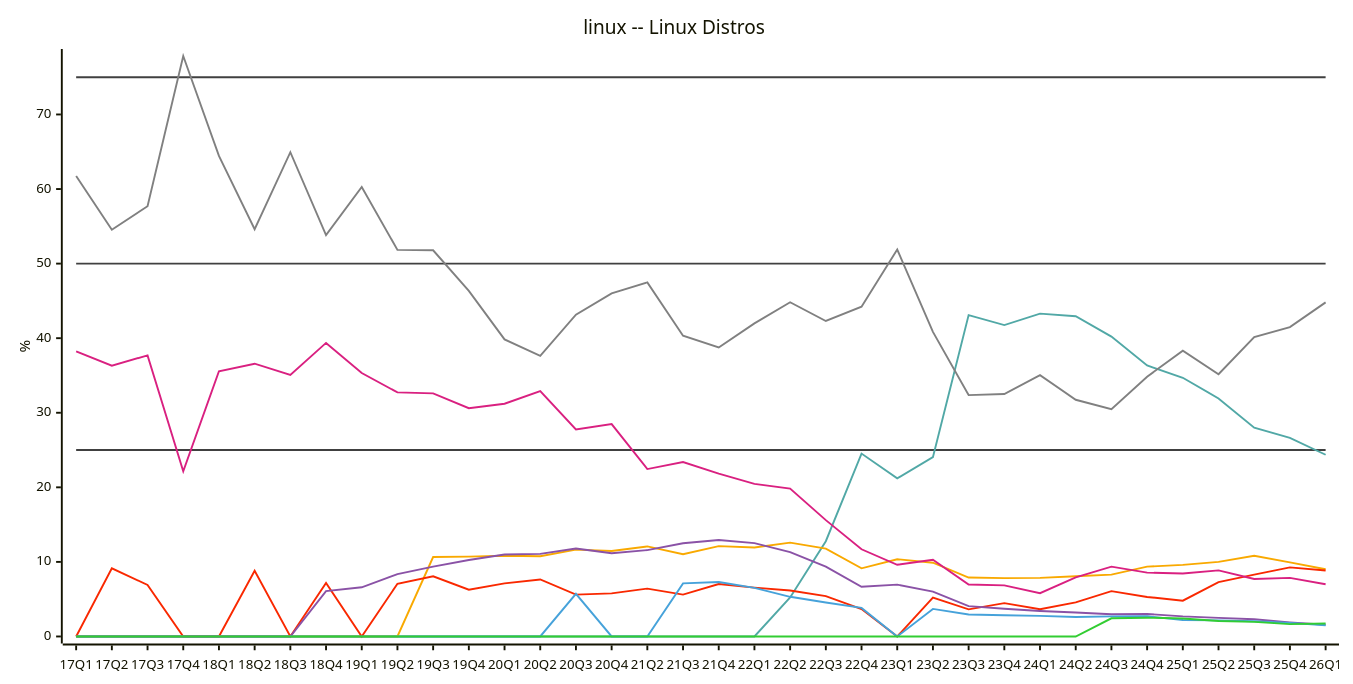
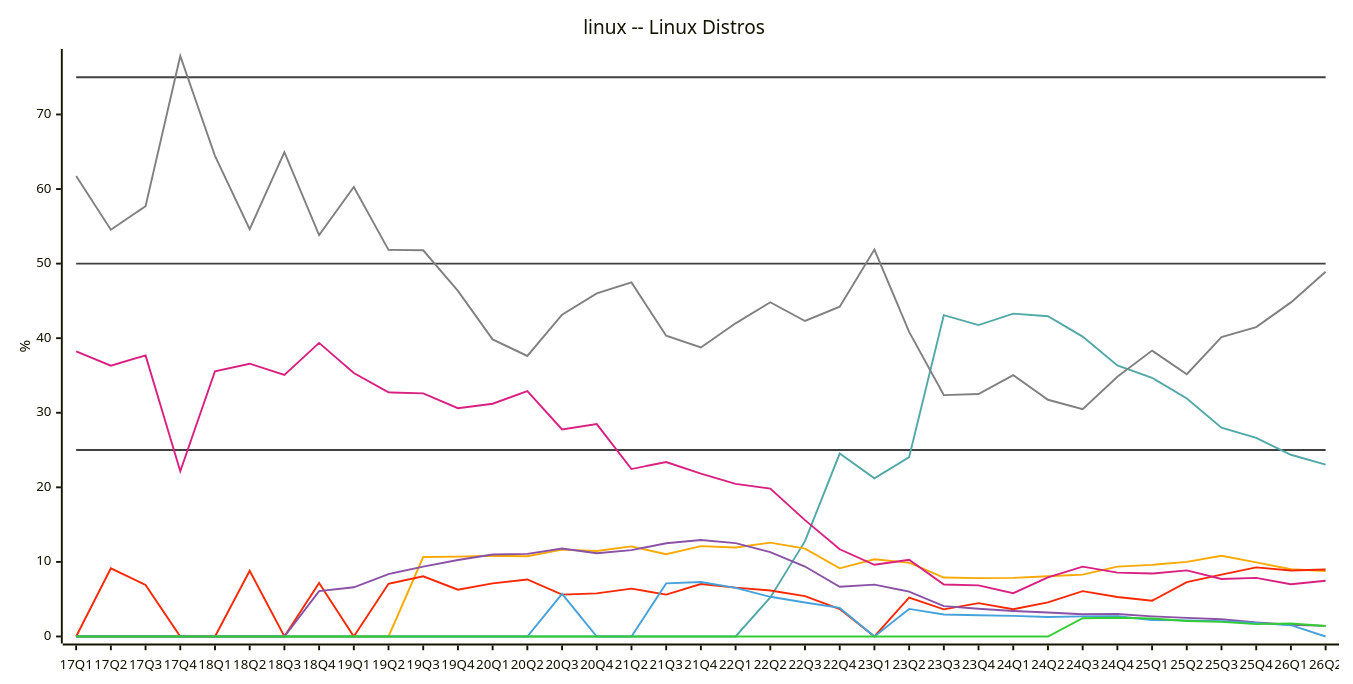
Diagram 16 of 31 in README.md (jdegene/steamHWsurvey), drawn with Mermaid before and after one commit. The commit also changed other lines of this file and 3 other files, not shown here.

````diff
--- a/README.md
+++ b/README.md
@@ -528,29 +528,29 @@
 ```mermaid
 ---
 config:
     xyChart:
         width: 1400
         height: 700
         
     themeVariables:
         xyChart:
             plotColorPalette: "#404040,#404040,#404040,#51a8a6,#f9a900,#f92800,#d92080,#8a52a6,#46a2da,#32CD32,#808080"
 
 --- 
 
 xychart-beta
     title "linux -- Linux Distros"
-    x-axis [17Q1, 17Q2, 17Q3, 17Q4, 18Q1, 18Q2, 18Q3, 18Q4, 19Q1, 19Q2, 19Q3, 19Q4, 20Q1, 20Q2, 20Q3, 20Q4, 21Q2, 21Q3, 21Q4, 22Q1, 22Q2, 22Q3, 22Q4, 23Q1, 23Q2, 23Q3, 23Q4, 24Q1, 24Q2, 24Q3, 24Q4, 25Q1, 25Q2, 25Q3, 25Q4, 26Q1]
+    x-axis [17Q1, 17Q2, 17Q3, 17Q4, 18Q1, 18Q2, 18Q3, 18Q4, 19Q1, 19Q2, 19Q3, 19Q4, 20Q1, 20Q2, 20Q3, 20Q4, 21Q2, 21Q3, 21Q4, 22Q1, 22Q2, 22Q3, 22Q4, 23Q1, 23Q2, 23Q3, 23Q4, 24Q1, 24Q2, 24Q3, 24Q4, 25Q1, 25Q2, 25Q3, 25Q4, 26Q1, 26Q2]
     y-axis "%" 
- line [25, 25, 25, 25, 25, 25, 25, 25, 25, 25, 25, 25, 25, 25, 25, 25, 25, 25, 25, 25, 25, 25, 25, 25, 25, 25, 25, 25, 25, 25, 25, 25, 25, 25, 25, 25]
- line [50, 50, 50, 50, 50, 50, 50, 50, 50, 50, 50, 50, 50, 50, 50, 50, 50, 50, 50, 50, 50, 50, 50, 50, 50, 50, 50, 50, 50, 50, 50, 50, 50, 50, 50, 50]
- line [75, 75, 75, 75, 75, 75, 75, 75, 75, 75, 75, 75, 75, 75, 75, 75, 75, 75, 75, 75, 75, 75, 75, 75, 75, 75, 75, 75, 75, 75, 75, 75, 75, 75, 75, 75]
-    line [0, 0, 0, 0, 0, 0, 0, 0, 0, 0, 0, 0, 0, 0, 0, 0, 0, 0, 0, 0, 5.2299999999999995, 12.776666666666667, 24.525, 21.2, 24.044999999999998, 43.096666666666664, 41.76, 43.29666666666667, 42.946666666666665, 40.216666666666676, 36.336666666666666, 34.69333333333333, 31.923333333333332, 28.000000000000004, 26.639999999999997, 24.366666666666667]
-    line [0, 0, 0, 0, 0, 0, 0, 0, 0, 0, 10.65, 10.703333333333333, 10.835, 10.756666666666666, 11.645, 11.46, 12.079999999999998, 11.023333333333333, 12.11, 11.940000000000001, 12.585, 11.776666666666667, 9.14, 10.36, 9.89, 7.903333333333333, 7.830000000000001, 7.856666666666667, 8.073333333333334, 8.29, 9.36, 9.596666666666666, 10.010000000000002, 10.83, 9.943333333333333, 9.019999999999996]
-    line [0, 9.133333333333333, 6.909999999999999, 0, 0, 8.806666666666667, 0, 7.17, 0, 7.063333333333334, 8.07, 6.2700000000000005, 7.124999999999999, 7.6433333333333335, 5.609999999999999, 5.779999999999999, 6.420000000000001, 5.62, 7.04, 6.550000000000001, 6.165, 5.415, 3.6700000000000004, 0, 5.215, 3.6399999999999997, 4.475, 3.6533333333333333, 4.573333333333332, 6.073333333333333, 5.3, 4.796666666666667, 7.286666666666668, 8.293333333333335, 9.266666666666667, 8.850000000000001]
-    line [38.24, 36.31999999999999, 37.696666666666665, 22.163333333333334, 35.56666666666666, 36.57666666666666, 35.06, 39.36666666666667, 35.32666666666667, 32.733333333333334, 32.59666666666667, 30.606666666666666, 31.210000000000004, 32.906666666666666, 27.755000000000003, 28.485, 22.45, 23.4, 21.84, 20.47, 19.835, 15.6, 11.695, 9.610000000000001, 10.280000000000001, 6.959999999999999, 6.855, 5.8100000000000005, 7.923333333333334, 9.363333333333335, 8.556666666666667, 8.436666666666666, 8.866666666666667, 7.706666666666667, 7.853333333333333, 7.006666666666667]
-    line [0, 0, 0, 0, 0, 0, 0, 6.09, 6.595000000000001, 8.363333333333333, 9.370000000000001, 10.25, 10.985, 11.080000000000002, 11.795, 11.165, 11.58, 12.503333333333334, 12.94, 12.520000000000001, 11.32, 9.376666666666667, 6.659999999999999, 6.950000000000001, 6.0200000000000005, 4.0633333333333335, 3.7150000000000003, 3.416666666666667, 3.2133333333333334, 2.9733333333333336, 3.0166666666666666, 2.6950000000000003, 2.5, 2.31, 1.8900000000000001, 1.5649999999999948]
-    line [0, 0, 0, 0, 0, 0, 0, 0, 0, 0, 0, 0, 0, 0, 5.72, 0, 0, 7.116666666666667, 7.31, 6.52, 5.319999999999999, 4.556666666666667, 3.83, 0, 3.695, 2.9499999999999997, 2.855, 2.76, 2.61, 2.6950000000000003, 2.7066666666666666, 2.21, 2.1533333333333333, 2.0500000000000003, 1.8233333333333335, 1.51]
-    line [0, 0, 0, 0, 0, 0, 0, 0, 0, 0, 0, 0, 0, 0, 0, 0, 0, 0, 0, 0, 0, 0, 0, 0, 0, 0, 0, 0, 0, 2.44, 2.52, 2.41, 2.08, 1.96, 1.6500000000000001, 1.7399999999999998]
-    line [61.760000000000005, 54.55, 57.699999999999996, 77.83666666666666, 64.44333333333333, 54.61666666666667, 64.93666666666667, 53.81999999999999, 60.28333333333333, 51.84000000000001, 51.790000000000006, 46.34666666666667, 39.839999999999996, 37.61666666666667, 43.145, 46.005, 47.48, 40.336666666666666, 38.75, 41.99, 44.82, 42.30666666666667, 44.23, 51.89, 40.849999999999994, 32.37, 32.51, 35.04666666666667, 31.739999999999995, 30.473333333333336, 34.83, 38.33333333333333, 35.17333333333334, 40.156666666666666, 41.486666666666665, 44.8]
+ line [25, 25, 25, 25, 25, 25, 25, 25, 25, 25, 25, 25, 25, 25, 25, 25, 25, 25, 25, 25, 25, 25, 25, 25, 25, 25, 25, 25, 25, 25, 25, 25, 25, 25, 25, 25, 25]
+ line [50, 50, 50, 50, 50, 50, 50, 50, 50, 50, 50, 50, 50, 50, 50, 50, 50, 50, 50, 50, 50, 50, 50, 50, 50, 50, 50, 50, 50, 50, 50, 50, 50, 50, 50, 50, 50]
+ line [75, 75, 75, 75, 75, 75, 75, 75, 75, 75, 75, 75, 75, 75, 75, 75, 75, 75, 75, 75, 75, 75, 75, 75, 75, 75, 75, 75, 75, 75, 75, 75, 75, 75, 75, 75, 75]
+    line [0, 0, 0, 0, 0, 0, 0, 0, 0, 0, 0, 0, 0, 0, 0, 0, 0, 0, 0, 0, 5.2299999999999995, 12.776666666666667, 24.525, 21.2, 24.044999999999998, 43.096666666666664, 41.76, 43.29666666666667, 42.946666666666665, 40.216666666666676, 36.336666666666666, 34.69333333333333, 31.923333333333332, 28.000000000000004, 26.639999999999997, 24.366666666666667, 23.05]
+    line [0, 0, 0, 0, 0, 0, 0, 0, 0, 0, 10.65, 10.703333333333333, 10.835, 10.756666666666666, 11.645, 11.46, 12.079999999999998, 11.023333333333333, 12.11, 11.940000000000001, 12.585, 11.776666666666667, 9.14, 10.36, 9.89, 7.903333333333333, 7.830000000000001, 7.856666666666667, 8.073333333333334, 8.29, 9.36, 9.596666666666666, 10.010000000000002, 10.83, 9.943333333333333, 9.019999999999996, 8.77999999999999]
+    line [0, 9.133333333333333, 6.909999999999999, 0, 0, 8.806666666666667, 0, 7.17, 0, 7.063333333333334, 8.07, 6.2700000000000005, 7.124999999999999, 7.6433333333333335, 5.609999999999999, 5.779999999999999, 6.420000000000001, 5.62, 7.04, 6.550000000000001, 6.165, 5.415, 3.6700000000000004, 0, 5.215, 3.6399999999999997, 4.475, 3.6533333333333333, 4.573333333333332, 6.073333333333333, 5.3, 4.796666666666667, 7.286666666666668, 8.293333333333335, 9.266666666666667, 8.850000000000001, 8.98]
+    line [38.24, 36.31999999999999, 37.696666666666665, 22.163333333333334, 35.56666666666666, 36.57666666666666, 35.06, 39.36666666666667, 35.32666666666667, 32.733333333333334, 32.59666666666667, 30.606666666666666, 31.210000000000004, 32.906666666666666, 27.755000000000003, 28.485, 22.45, 23.4, 21.84, 20.47, 19.835, 15.6, 11.695, 9.610000000000001, 10.280000000000001, 6.959999999999999, 6.855, 5.8100000000000005, 7.923333333333334, 9.363333333333335, 8.556666666666667, 8.436666666666666, 8.866666666666667, 7.706666666666667, 7.853333333333333, 7.006666666666667, 7.469999999999999]
+    line [0, 0, 0, 0, 0, 0, 0, 6.09, 6.595000000000001, 8.363333333333333, 9.370000000000001, 10.25, 10.985, 11.080000000000002, 11.795, 11.165, 11.58, 12.503333333333334, 12.94, 12.520000000000001, 11.32, 9.376666666666667, 6.659999999999999, 6.950000000000001, 6.0200000000000005, 4.0633333333333335, 3.7150000000000003, 3.416666666666667, 3.2133333333333334, 2.9733333333333336, 3.0166666666666666, 2.6950000000000003, 2.5, 2.31, 1.8900000000000001, 1.5649999999999948, 1.41999999999999]
+    line [0, 0, 0, 0, 0, 0, 0, 0, 0, 0, 0, 0, 0, 0, 5.72, 0, 0, 7.116666666666667, 7.31, 6.52, 5.319999999999999, 4.556666666666667, 3.83, 0, 3.695, 2.9499999999999997, 2.855, 2.76, 2.61, 2.6950000000000003, 2.7066666666666666, 2.21, 2.1533333333333333, 2.0500000000000003, 1.8233333333333335, 1.51, 0]
+    line [0, 0, 0, 0, 0, 0, 0, 0, 0, 0, 0, 0, 0, 0, 0, 0, 0, 0, 0, 0, 0, 0, 0, 0, 0, 0, 0, 0, 0, 2.44, 2.52, 2.41, 2.08, 1.96, 1.6500000000000001, 1.7399999999999998, 1.39999999999999]
+    line [61.760000000000005, 54.55, 57.699999999999996, 77.83666666666666, 64.44333333333333, 54.61666666666667, 64.93666666666667, 53.81999999999999, 60.28333333333333, 51.84000000000001, 51.790000000000006, 46.34666666666667, 39.839999999999996, 37.61666666666667, 43.145, 46.005, 47.48, 40.336666666666666, 38.75, 41.99, 44.82, 42.30666666666667, 44.23, 51.89, 40.849999999999994, 32.37, 32.51, 35.04666666666667, 31.739999999999995, 30.473333333333336, 34.83, 38.33333333333333, 35.17333333333334, 40.156666666666666, 41.486666666666665, 44.8, 48.91]
 ``` 
````
